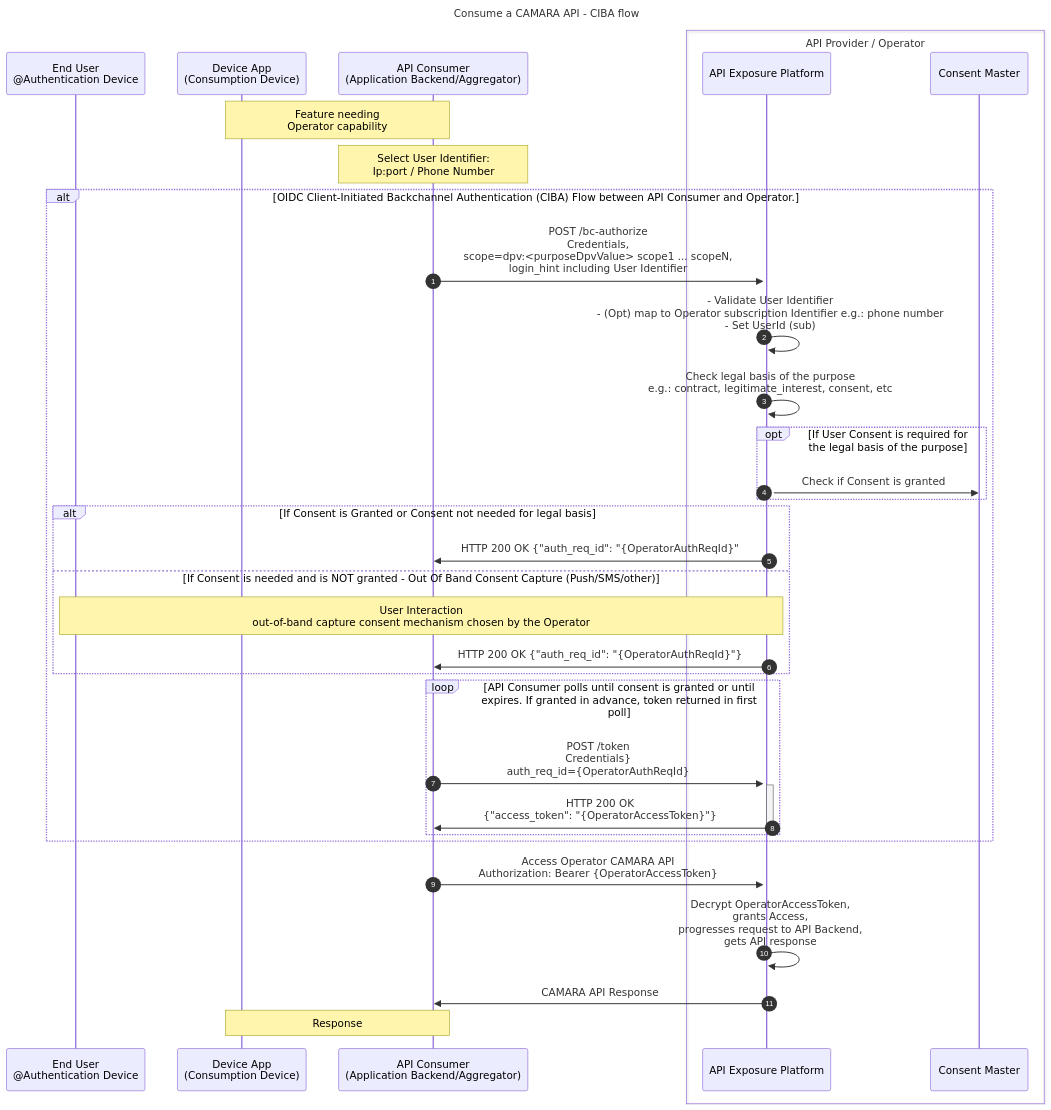
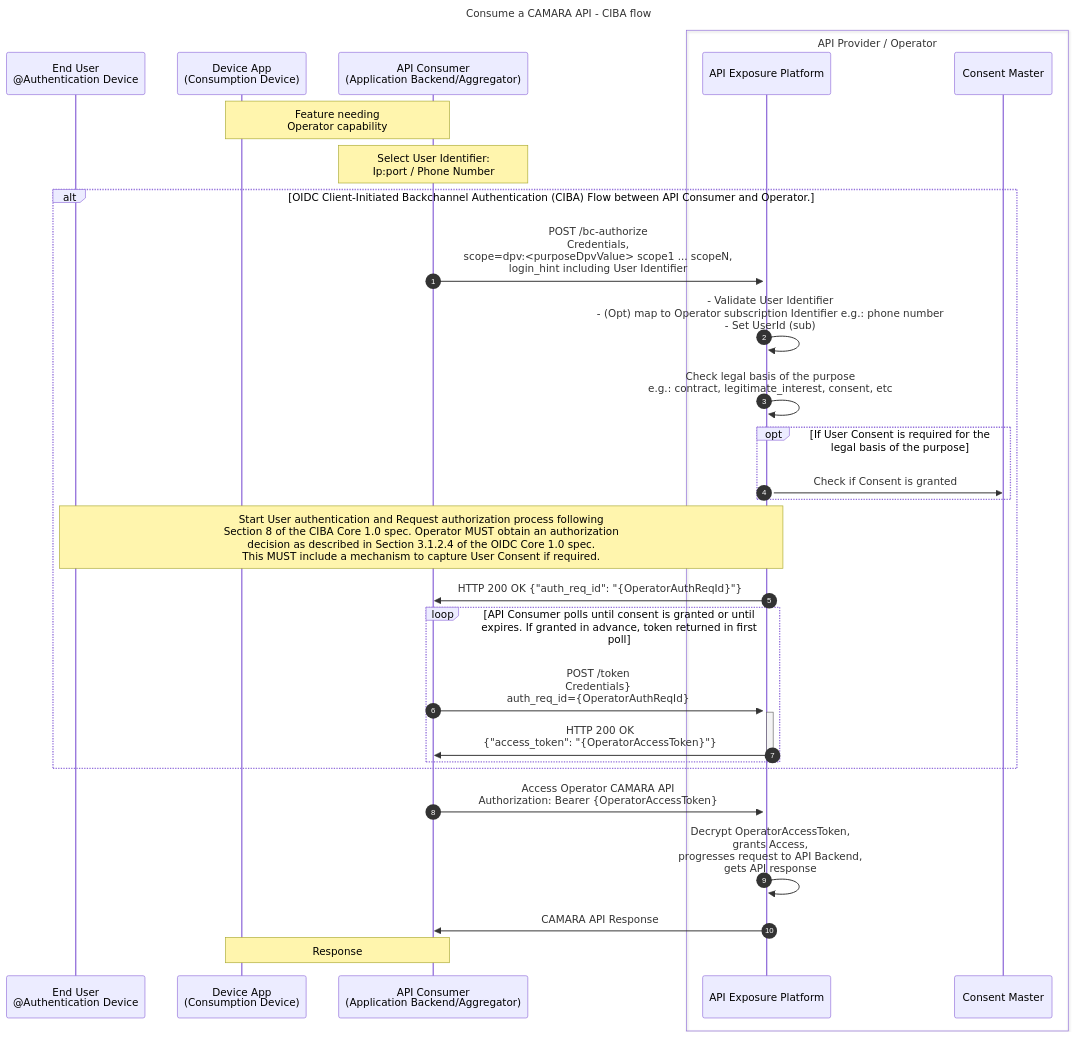
One commit to camaraproject/IdentityAndConsentManagement changed the second of 2 diagrams in documentation/CAMARA-API-access-and-user-consent.md. Above: the diagram before and after it, drawn with Mermaid. The commit also changed other lines of this file, not shown here.

Commit message:
Fall25 task force - CIBA privacy fix - TEF DRAFT proposal

````diff
--- a/documentation/CAMARA-API-access-and-user-consent.md
+++ b/documentation/CAMARA-API-access-and-user-consent.md
@@ -194,38 +194,34 @@
 ```mermaid
 sequenceDiagram
 autonumber
 title Consume a CAMARA API - CIBA flow
 participant User as End User<br>@Authentication Device
 participant FE as Device App<br>(Consumption Device)
 participant BE as API Consumer<br>(Application Backend/Aggregator)  
 box API Provider / Operator
   participant ExpO as API Exposure Platform  
   participant Consent as Consent Master
 end
 
 Note over FE,BE: Feature needing<br>Operator capability  
 Note over BE: Select User Identifier:<br>Ip:port / Phone Number  
 
 alt OIDC Client-Initiated Backchannel Authentication (CIBA) Flow between API Consumer and Operator.
   BE->>+ExpO: POST /bc-authorize<br> Credentials,<br>scope=dpv:<purposeDpvValue> scope1 ... scopeN,<br>login_hint including User Identifier    
   ExpO->>ExpO: - Validate User Identifier<br>- (Opt) map to Operator subscription Identifier e.g.: phone number<br>- Set UserId (sub)  
   ExpO->>ExpO: Check legal basis of the purpose<br> e.g.: contract, legitimate_interest, consent, etc
   opt If User Consent is required for the legal basis of the purpose  
     ExpO->>Consent: Check if Consent is granted
   end
-  alt If Consent is Granted or Consent not needed for legal basis   
-    ExpO->>BE: HTTP 200 OK {"auth_req_id": "{OperatorAuthReqId}"  
-  else If Consent is needed and is NOT granted - Out Of Band Consent Capture (Push/SMS/other)
-    Note over ExpO,User: User Interaction <br> out-of-band capture consent mechanism chosen by the Operator
-    ExpO->>BE: HTTP 200 OK {"auth_req_id": "{OperatorAuthReqId}"}
-  end
+  Note over ExpO,User: Start User authentication and Request authorization process following<br>Section 8 of the CIBA Core 1.0 spec. Operator MUST obtain an authorization<br> decision as described in Section 3.1.2.4 of the OIDC Core 1.0 spec.<br>This MUST include a mechanism to capture User Consent if required.
+  ExpO->>BE: HTTP 200 OK {"auth_req_id": "{OperatorAuthReqId}"}
   loop API Consumer polls until consent is granted or until expires. If granted in advance, token returned in first poll
     BE->>+ExpO: POST /token <br>Credentials}<br>auth_req_id={OperatorAuthReqId}    
     ExpO->>-BE: HTTP 200 OK <br>{"access_token": "{OperatorAccessToken}"}
   end  
 end
 BE->>ExpO: Access Operator CAMARA API<br>Authorization: Bearer {OperatorAccessToken}    
 ExpO->>ExpO: Decrypt OperatorAccessToken,<br>grants Access,<br>progresses request to API Backend,<br>gets API response  
 ExpO->>BE: CAMARA API Response
 Note over BE,FE: Response
 ```
````
